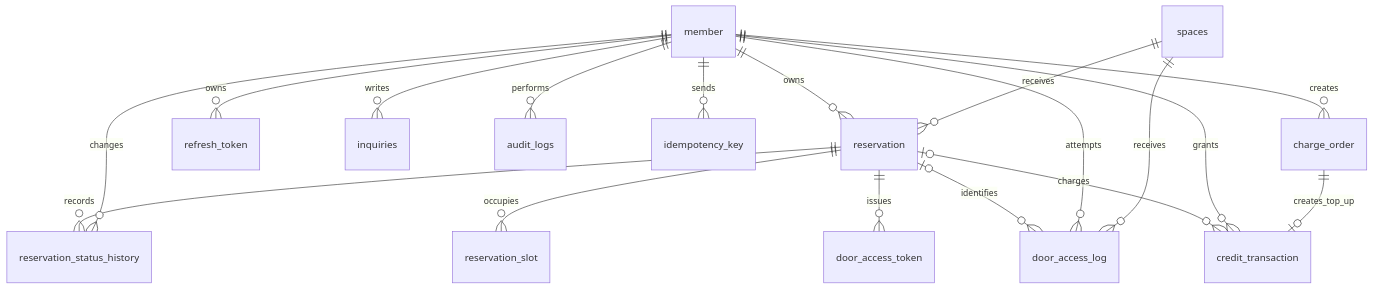
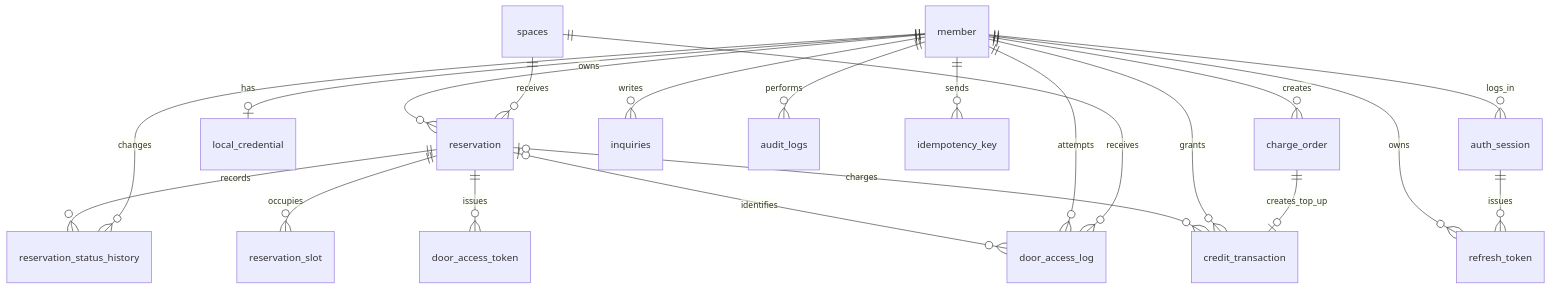
One commit to prgrms-be-devcourse/NBE12-14-3-OVENGERS changed the second of 4 diagrams in README.md. Above: the diagram before and after it, drawn with Mermaid. The commit also changed other lines of this file and 7 other files, not shown here.

Commit message:
docs: auth·member·inquiry 문서를 Kotlin 전환 후 코드와 동기화

````diff
--- a/README.md
+++ b/README.md
@@ -188,22 +190,25 @@
 ```mermaid
 erDiagram
     member ||--o{ reservation : owns
     member ||--o{ refresh_token : owns
+    member ||--o| local_credential : has
+    member ||--o{ auth_session : logs_in
+    auth_session ||--o{ refresh_token : issues
     member ||--o{ inquiries : writes
     spaces ||--o{ reservation : receives
 
     reservation ||--o{ reservation_status_history : records
     reservation ||--o{ reservation_slot : occupies
     reservation ||--o{ door_access_token : issues
     reservation o|--o{ door_access_log : identifies
     reservation o|--o{ credit_transaction : charges
 
     member ||--o{ reservation_status_history : changes
     member ||--o{ door_access_log : attempts
     member ||--o{ credit_transaction : grants
     spaces ||--o{ door_access_log : receives
     member ||--o{ audit_logs : performs
     member ||--o{ idempotency_key : sends
     member ||--o{ charge_order : creates
     charge_order ||--o| credit_transaction : creates_top_up
 ```
````
